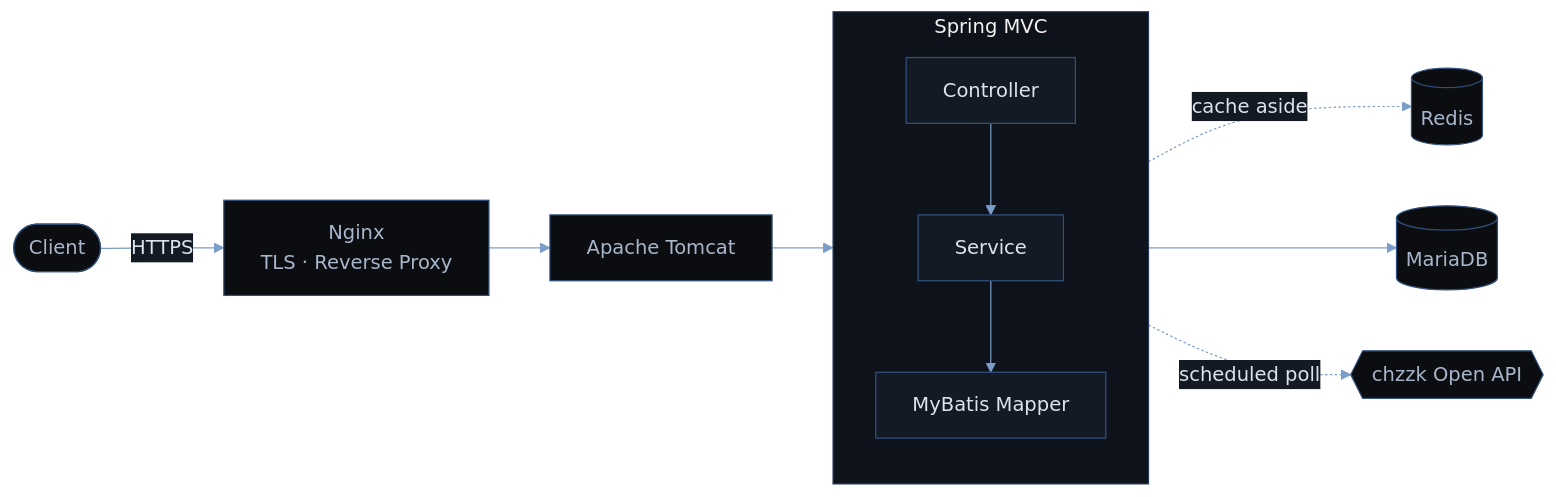
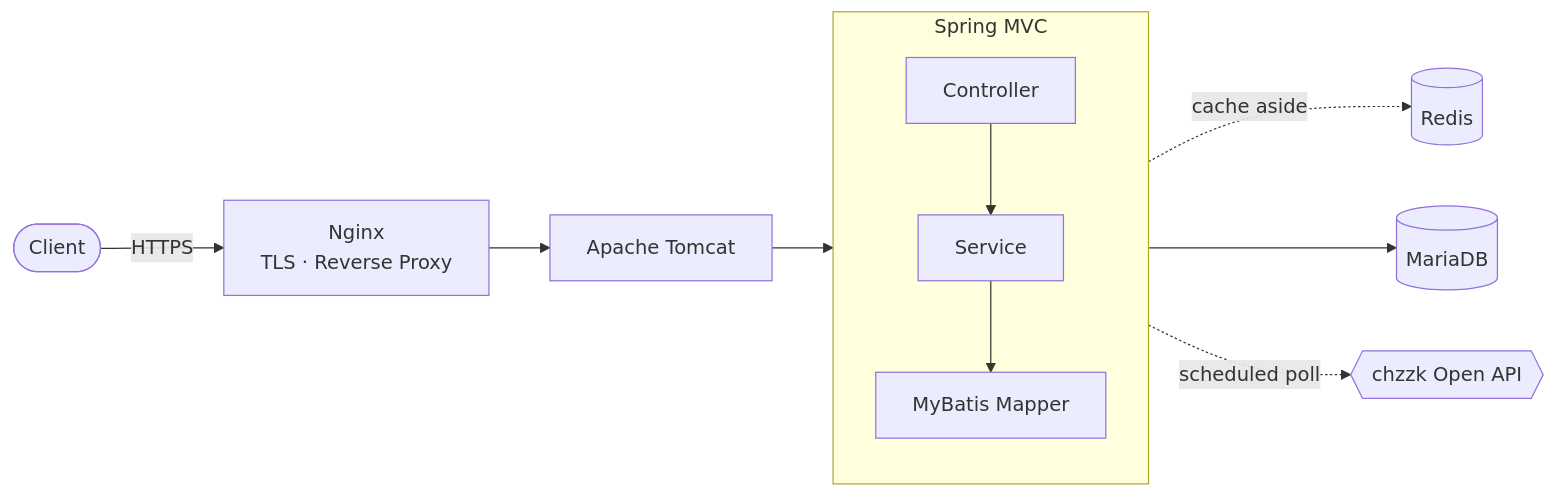
Before and after one commit to sooindev/sooindev: the diagram in README.md, drawn with Mermaid. The commit also changed other lines of this file, not shown here.

````diff
--- a/README.md
+++ b/README.md
@@ -132,20 +46,16 @@
 ```mermaid
-%%{init: {'theme':'base','themeVariables':{'background':'#0b0d10','primaryColor':'#141a24','primaryTextColor':'#dbe3ee','primaryBorderColor':'#31507f','lineColor':'#7c9cc9','secondaryColor':'#141a24','tertiaryColor':'#0b0d10','clusterBkg':'#0e131b','clusterBorder':'#22375c'}}}%%
 flowchart LR
-    U(["Client"]) -->|HTTPS| N["Nginx<br/>TLS · Reverse Proxy"]
-    N --> T["Apache Tomcat"]
+    U([Client]) -->|HTTPS| N[Nginx<br/>TLS · Reverse Proxy]
+    N --> T[Apache Tomcat]
 
-    subgraph APP ["Spring MVC"]
+    subgraph APP [Spring MVC]
         direction TB
-        C["Controller"] --> S["Service"]
-        S --> M["MyBatis Mapper"]
+        C[Controller] --> S[Service]
+        S --> M[MyBatis Mapper]
     end
 
     T --> C
-    S -.->|cache aside| R[("Redis")]
-    M --> D[("MariaDB")]
-    S -.->|scheduled poll| X{{"chzzk Open API"}}
-
-    classDef edge fill:#0b0d10,stroke:#31507f,color:#a8b6cc
-    class U,N,T,R,D,X edge
+    S -. cache aside .-> R[(Redis)]
+    M --> D[(MariaDB)]
+    S -. scheduled poll .-> X{{chzzk Open API}}
 ```
````
